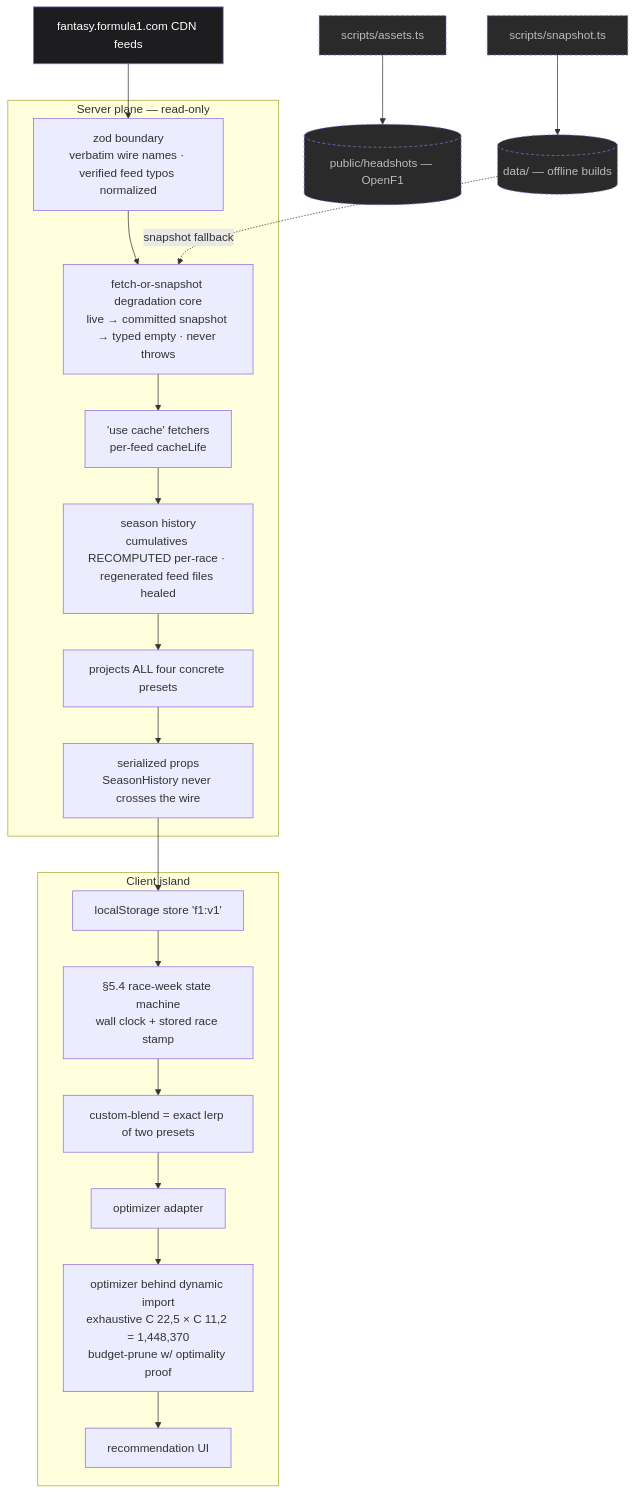
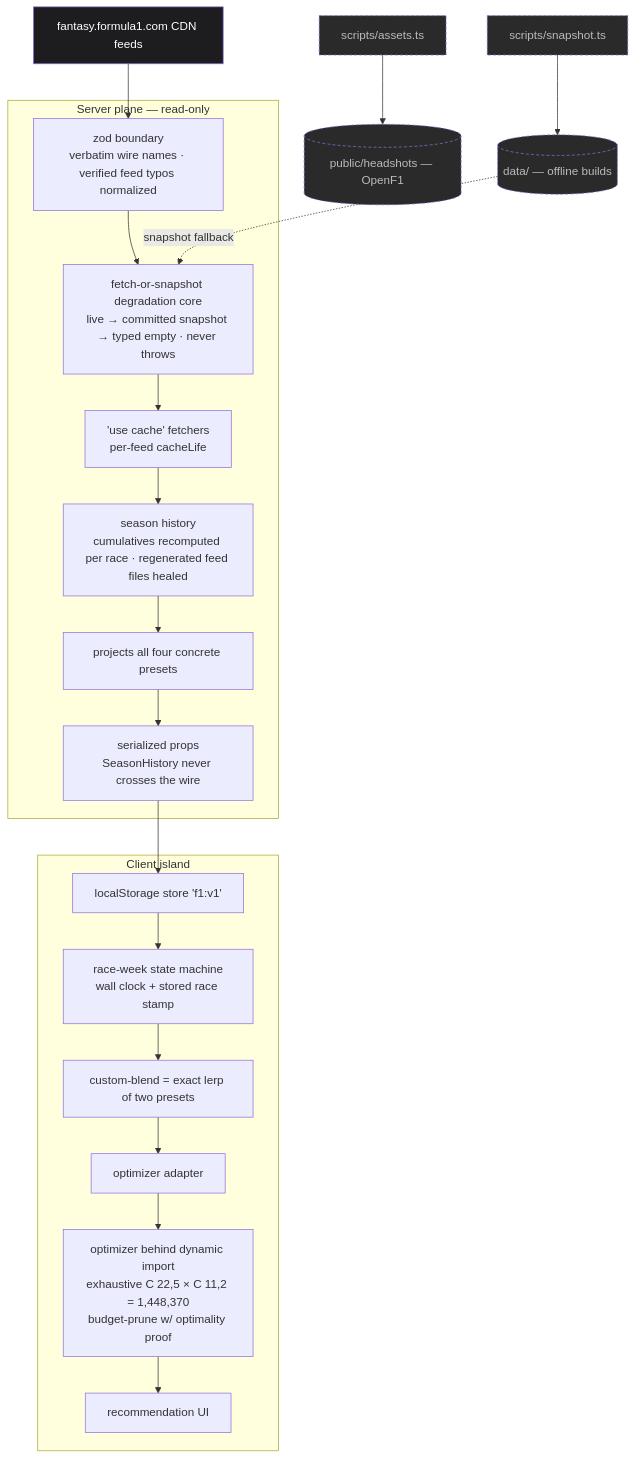
One commit to jarkovsky/f1-fantasy-advisor changed the diagram in README.md. Above: the diagram before and after it, drawn with Mermaid. The commit also changed other lines of this file and 4 other files, not shown here.

````diff
--- a/README.md
+++ b/README.md
@@ -15,33 +24,33 @@
 ```mermaid
 flowchart TD
   CDN[fantasy.formula1.com CDN feeds]:::ext --> ZOD
 
   subgraph server[Server plane — read-only]
     ZOD[zod boundary<br/>verbatim wire names · verified feed typos normalized]
     DEG[fetch-or-snapshot degradation core<br/>live → committed snapshot → typed empty · never throws]
     CACHE['use cache' fetchers<br/>per-feed cacheLife]
-    HIST[season history<br/>cumulatives RECOMPUTED per-race · regenerated feed files healed]
-    PROJ[projects ALL four concrete presets]
+    HIST[season history<br/>cumulatives recomputed per race · regenerated feed files healed]
+    PROJ[projects all four concrete presets]
     PROPS[serialized props<br/>SeasonHistory never crosses the wire]
     ZOD --> DEG --> CACHE --> HIST --> PROJ --> PROPS
   end
 
   subgraph client[Client island]
     STORE[localStorage store 'f1:v1']
-    SM[§5.4 race-week state machine<br/>wall clock + stored race stamp]
+    SM[race-week state machine<br/>wall clock + stored race stamp]
     BLEND[custom-blend = exact lerp of two presets]
     ADAPT[optimizer adapter]
     OPT[optimizer behind dynamic import<br/>exhaustive C 22,5 × C 11,2 = 1,448,370<br/>budget-prune w/ optimality proof]
     UI[recommendation UI]
     STORE --> SM --> BLEND --> ADAPT --> OPT --> UI
   end
 
   PROPS --> STORE
 
   SNAP[scripts/snapshot.ts]:::side --> DATA[(data/ — offline builds)]:::side
   ASSET[scripts/assets.ts]:::side --> HEAD[(public/headshots — OpenF1)]:::side
   DATA -.snapshot fallback.-> DEG
 
   classDef ext fill:#1d1d1f,color:#fff;
   classDef side fill:#2a2a2a,color:#bbb,stroke-dasharray:4 3;
 ```
````
